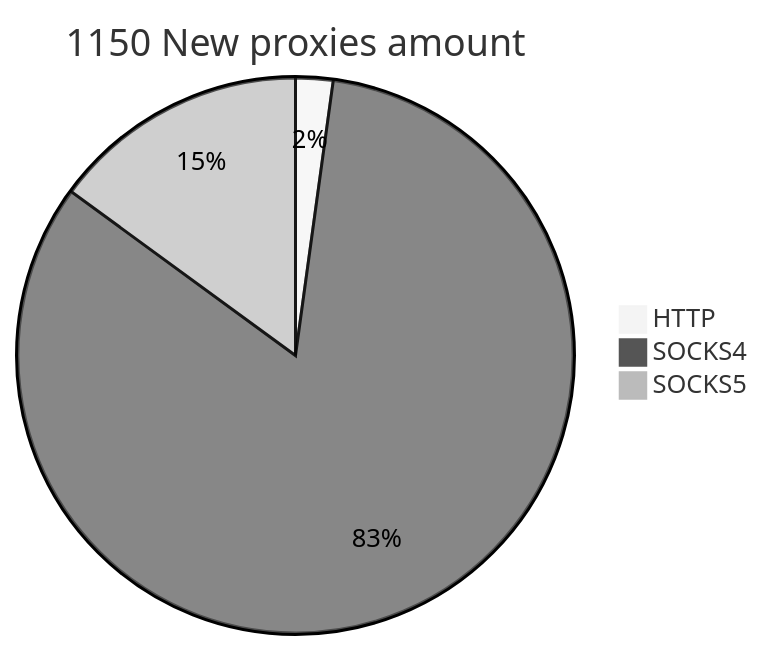
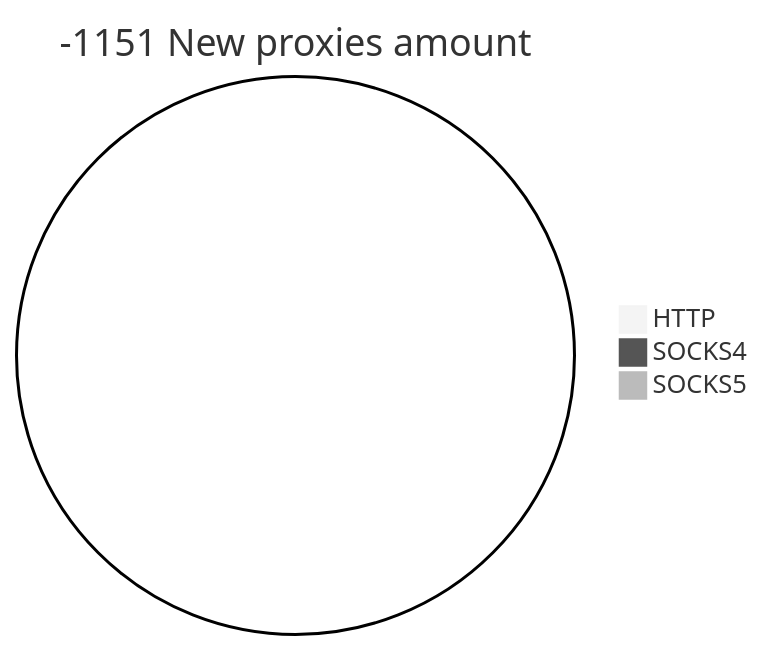
The second of 2 diagrams in README.md (cutipu/proxylist), drawn with Mermaid (neutral theme) before and after one commit. The commit also changed other lines of this file, not shown here.

````diff
--- a/README.md
+++ b/README.md
@@ -10,6 +10,6 @@
 ```mermaid
-pie title 1150 New proxies amount
-    "HTTP" : 25
-    "SOCKS4" : 953
-    "SOCKS5" : 172
+pie title -1151 New proxies amount
+    "HTTP" : 0
+    "SOCKS4" : 0
+    "SOCKS5" : 0
 ```
````
